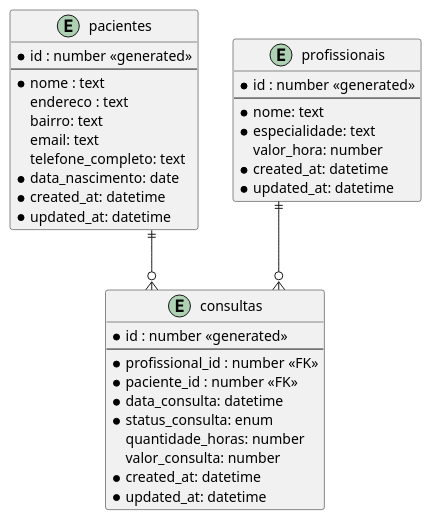
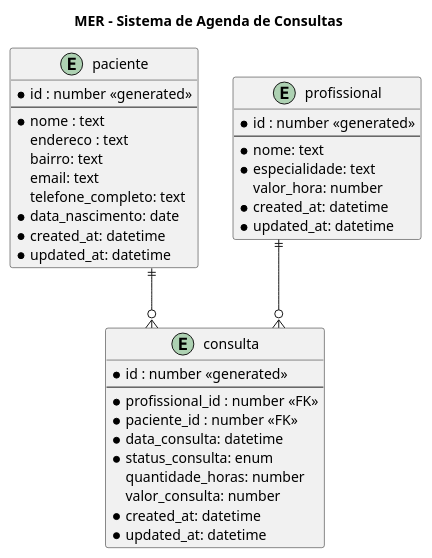
The diagram in docs/agenda.wsd (acnaweb/microservices-2025), drawn with PlantUML before and after one commit. The commit also changed 5 other files, not shown here.

```diff
--- a/docs/agenda.wsd
+++ b/docs/agenda.wsd
@@ -1,44 +1,46 @@
 @startuml diagram
+
+title MER - Sistema de Agenda de Consultas
 
 skinparam linetype ortho
 
-entity "pacientes" as paciente {
+entity "paciente" as paciente {
   *id : number <<generated>>
   --
   *nome : text
   endereco : text
   bairro: text
   email: text
   telefone_completo: text
   *data_nascimento: date
   *created_at: datetime
   *updated_at: datetime
 }
 
-entity "profissionais" as profissional {
+entity "profissional" as profissional {
   *id : number <<generated>>
   --
   *nome: text
   *especialidade: text
   valor_hora: number
   *created_at: datetime
   *updated_at: datetime
 }
 
-entity "consultas" as consulta {
+entity "consulta" as consulta {
   *id : number <<generated>>
   --
   *profissional_id : number <<FK>>
   *paciente_id : number <<FK>>
   *data_consulta: datetime
   *status_consulta: enum
   quantidade_horas: number
   valor_consulta: number
   *created_at: datetime
   *updated_at: datetime
 }
 
 paciente ||--o{ consulta
 profissional ||--o{ consulta
 
 @enduml
```
